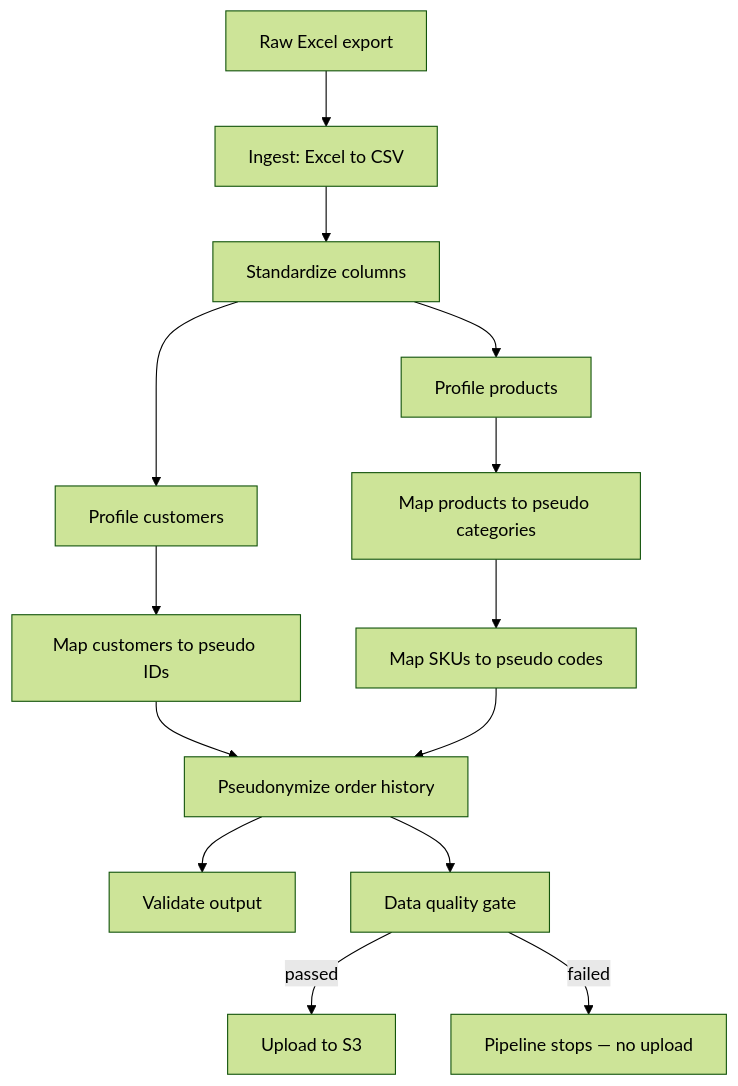
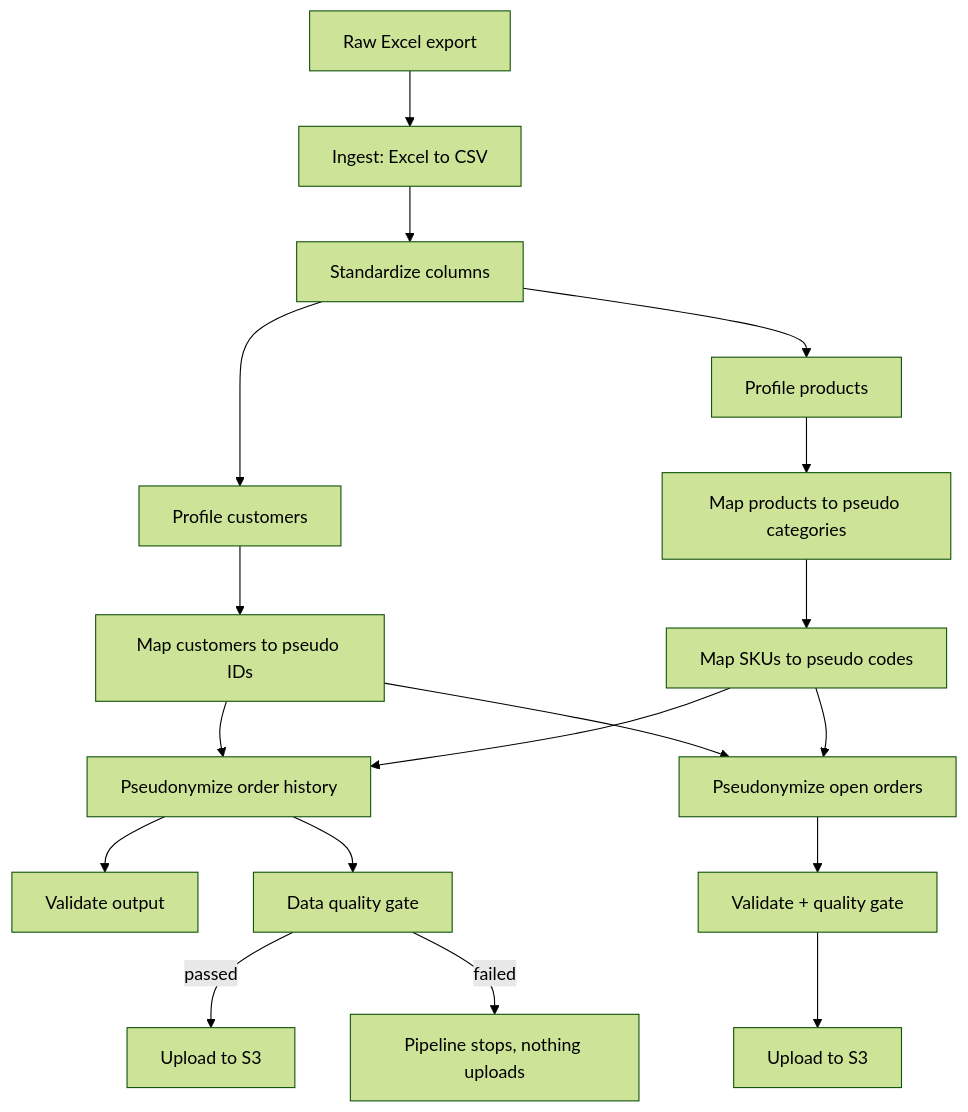
Before and after one commit to danyyen/Order-Intelligence: the diagram in README.md, drawn with Mermaid (forest theme). The commit also changed other lines of this file and 17 other files, not shown here.

Commit message:
Add open orders and inventory pipelines; fix SCD2 version mismatch and S3 upload bugs

````diff
--- a/README.md
+++ b/README.md
@@ -24,16 +19,20 @@
 ```mermaid
 flowchart TD
     A[Raw Excel export] --> B[Ingest: Excel to CSV]
     B --> C[Standardize columns]
     C --> D[Profile customers]
     C --> E[Profile products]
     D --> F[Map customers to pseudo IDs]
     E --> G[Map products to pseudo categories]
     G --> H[Map SKUs to pseudo codes]
     F --> I[Pseudonymize order history]
     H --> I
     I --> J[Validate output]
     I --> K[Data quality gate]
     K -->|passed| L[Upload to S3]
-    K -->|failed| M[Pipeline stops — no upload]
+    K -->|failed| M[Pipeline stops, nothing uploads]
+    F --> N[Pseudonymize open orders]
+    H --> N
+    N --> O[Validate + quality gate]
+    O --> P[Upload to S3]
 ```
````
